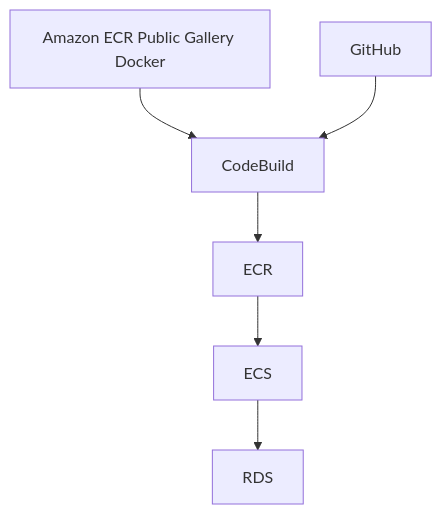
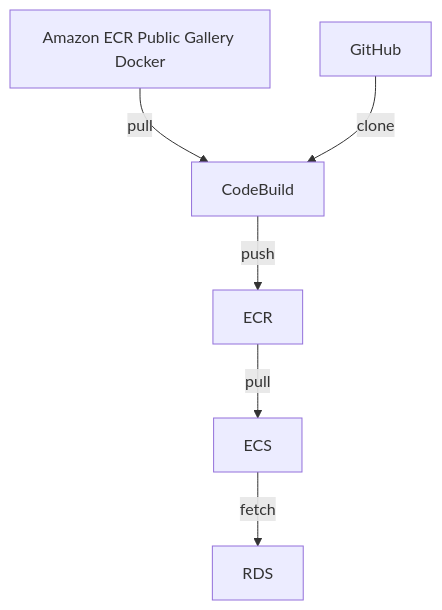
Before and after one commit to danny-yamamoto/zenn-docs: the diagram in articles/188563c93c3a2a.md, drawn with Mermaid. The commit also changed other lines of this file and 5 other files, not shown here.

````diff
--- a/articles/188563c93c3a2a.md
+++ b/articles/188563c93c3a2a.md
@@ -16,14 +18,14 @@
 ```mermaid
 flowchart TD
-    id1["CodeBuild"]
-    id2["ECR"]
-    id3["Amazon ECR Public Gallery Docker"]
-    id4["ECS"]
-    id5["GitHub"]
-    id6["RDS"]
-    id1 --> id2
-    id3 --> id1
-    id2 --> id4
-    id5 --> id1
-    id4 --> id6
+    cb["CodeBuild"]
+    ecr["ECR"]
+    docker["Amazon ECR Public Gallery Docker"]
+    ecs["ECS"]
+    gh["GitHub"]
+    rds["RDS"]
+    cb --  push --> ecr
+    docker -- pull --> cb
+    ecr -- pull --> ecs
+    gh -- clone --> cb
+    ecs -- fetch --> rds
 ```
````
